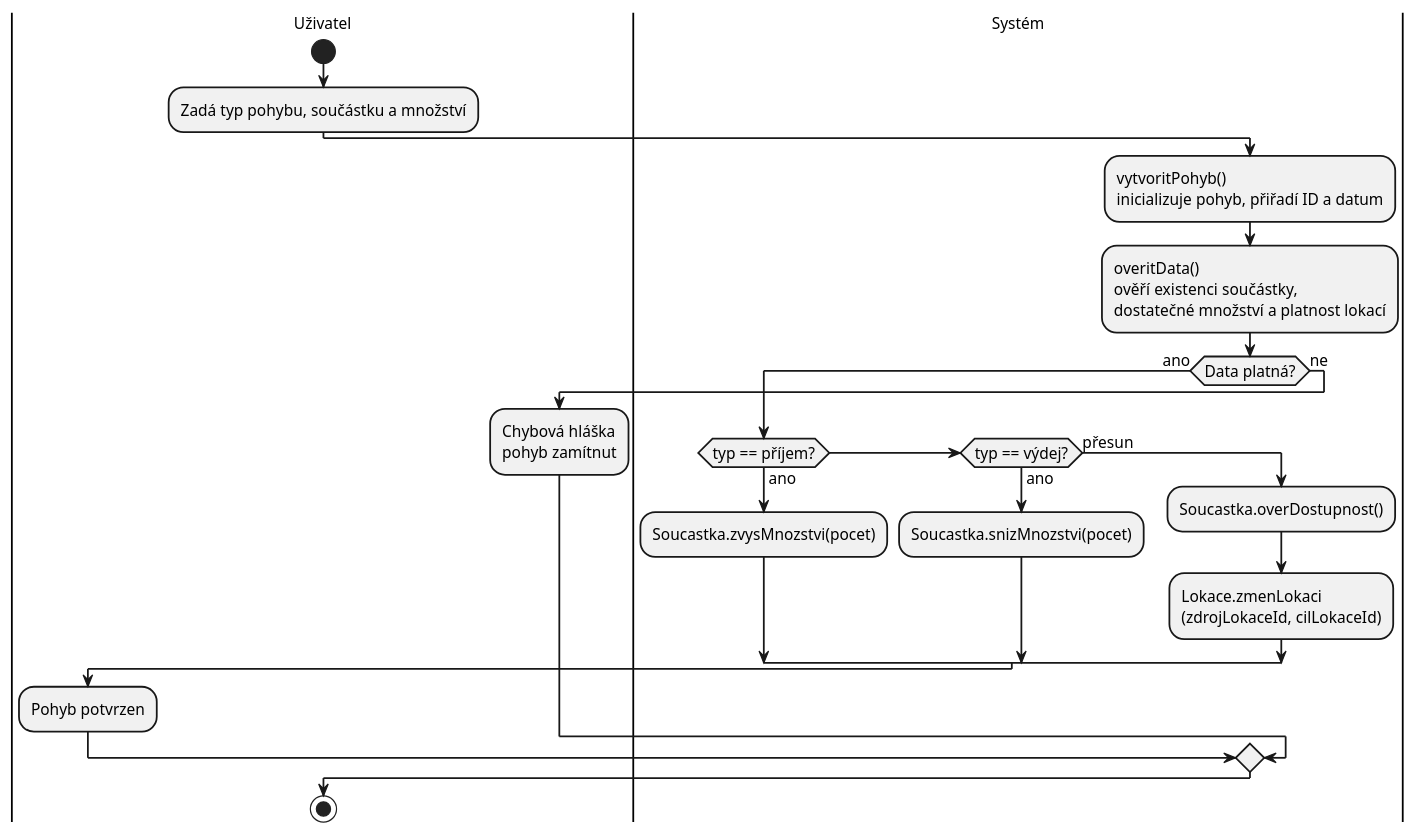
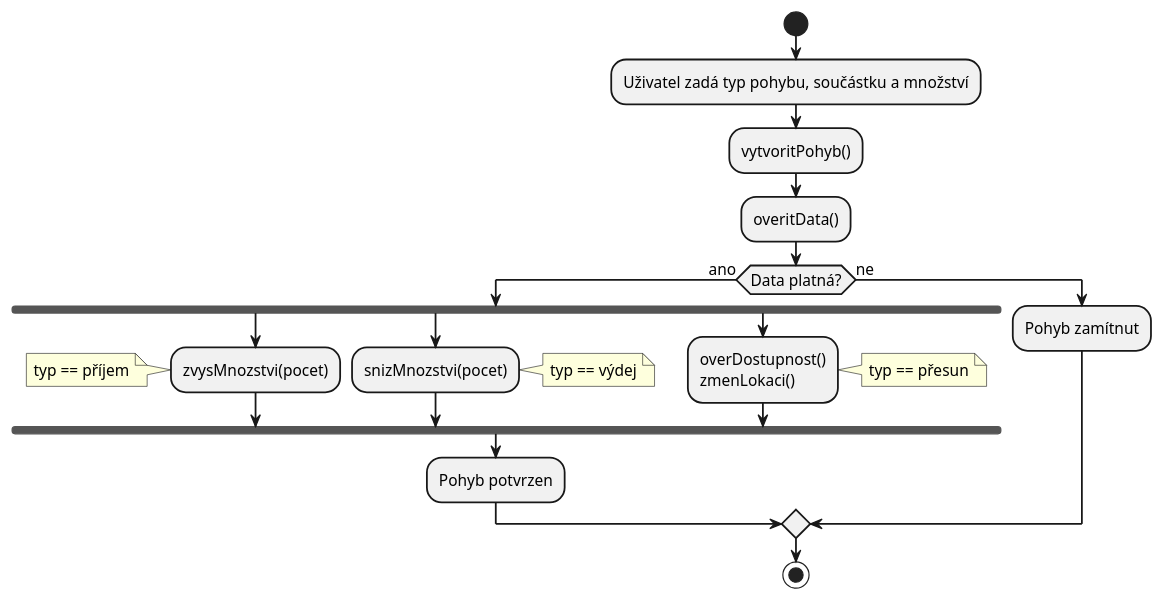
Before and after one commit to lkvapil/wms-elektronicke-soucastky: the diagram in diagrams/12_activity_wms.puml, drawn with PlantUML. The commit also changed 2 other files, not shown here.

Commit message:
docs: activity diagram - zjednodušení, odstranění swim lanes

```diff
--- a/diagrams/12_activity_wms.puml
+++ b/diagrams/12_activity_wms.puml
@@ -1,35 +1,35 @@
 @startuml
 skinparam defaultFontSize 13
 skinparam ActivityBorderThickness 1.5
 skinparam ArrowThickness 1.5
+skinparam ActivityDiamondBorderThickness 1.5
 
-|Uživatel|
 start
-:Zadá typ pohybu, součástku a množství;
 
-|Systém|
-:vytvoritPohyb()\ninicializuje pohyb, přiřadí ID a datum;
+:Uživatel zadá typ pohybu, součástku a množství;
 
-:overitData()\nověří existenci součástky,\ndostatečné množství a platnost lokací;
+:vytvoritPohyb();
+
+:overitData();
 
 if (Data platná?) then (ano)
 
-  if (typ == příjem?) then (ano)
-    :Soucastka.zvysMnozstvi(pocet);
-  elseif (typ == výdej?) then (ano)
-    :Soucastka.snizMnozstvi(pocet);
-  else (přesun)
-    :Soucastka.overDostupnost();
-    :Lokace.zmenLokaci\n(zdrojLokaceId, cilLokaceId);
-  endif
+  fork
+    :zvysMnozstvi(pocet);
+    note left: typ == příjem
+  fork again
+    :snizMnozstvi(pocet);
+    note right: typ == výdej
+  fork again
+    :overDostupnost()\nzmenLokaci();
+    note right: typ == přesun
+  end fork
 
-  |Uživatel|
   :Pohyb potvrzen;
 
 else (ne)
-  |Uživatel|
-  :Chybová hláška\npohyb zamítnut;
+  :Pohyb zamítnut;
 endif
 
 stop
 @enduml
```
